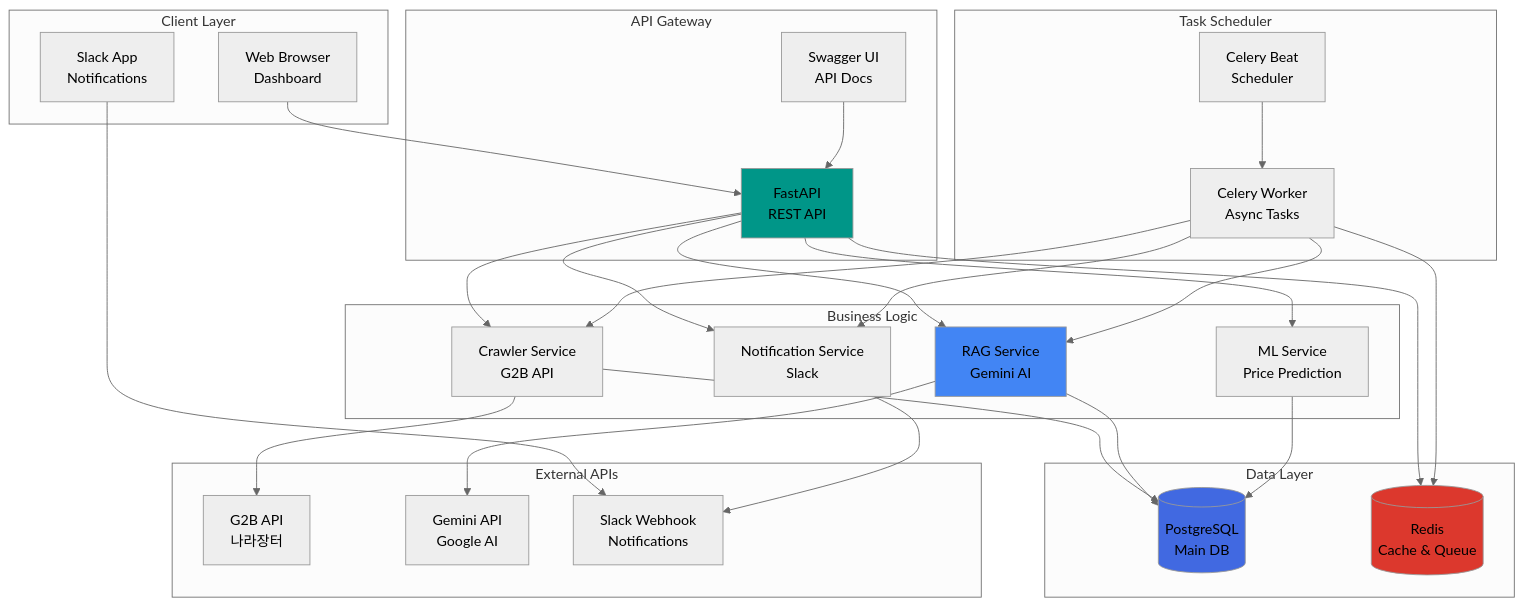
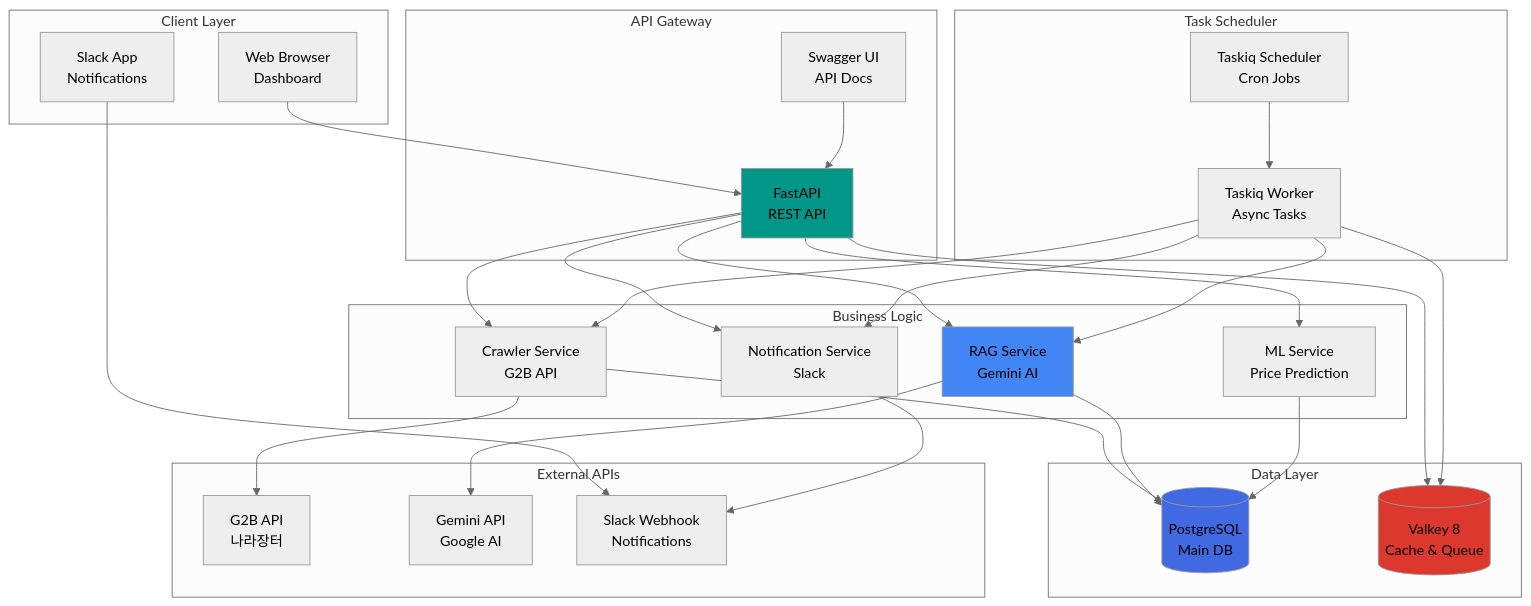
One commit to doublesilver/biz-retriever changed the second of 5 diagrams in README.md. Above: the diagram before and after it, drawn with Mermaid (neutral theme). The commit also changed other lines of this file, not shown here.

First line of the commit message:
docs: Update README for Celery → Taskiq migration

````diff
--- a/README.md
+++ b/README.md
@@ -159,60 +161,60 @@
 ```mermaid
 graph TB
     subgraph "Client Layer"
         A[Web Browser<br/>Dashboard]
         B[Slack App<br/>Notifications]
     end
 
     subgraph "API Gateway"
         C[FastAPI<br/>REST API]
         D[Swagger UI<br/>API Docs]
     end
 
     subgraph "Business Logic"
         E[Crawler Service<br/>G2B API]
         F[RAG Service<br/>Gemini AI]
         G[Notification Service<br/>Slack]
         H[ML Service<br/>Price Prediction]
     end
 
     subgraph "Task Scheduler"
-        I[Celery Beat<br/>Scheduler]
-        J[Celery Worker<br/>Async Tasks]
+        I[Taskiq Scheduler<br/>Cron Jobs]
+        J[Taskiq Worker<br/>Async Tasks]
     end
 
     subgraph "Data Layer"
         K[(PostgreSQL<br/>Main DB)]
-        L[(Redis<br/>Cache & Queue)]
+        L[(Valkey 8<br/>Cache & Queue)]
     end
 
     subgraph "External APIs"
         M[G2B API<br/>나라장터]
         N[Gemini API<br/>Google AI]
         O[Slack Webhook<br/>Notifications]
     end
 
     A --> C
     B --> O
     C --> E
     C --> F
     C --> G
     C --> H
     D --> C
     E --> M
     F --> N
     G --> O
     I --> J
     J --> E
     J --> F
     J --> G
     E --> K
     F --> K
     H --> K
     C --> L
     J --> L
 
     style C fill:#009688
     style F fill:#4285F4
     style K fill:#4169E1
     style L fill:#DC382D
 ```
````
